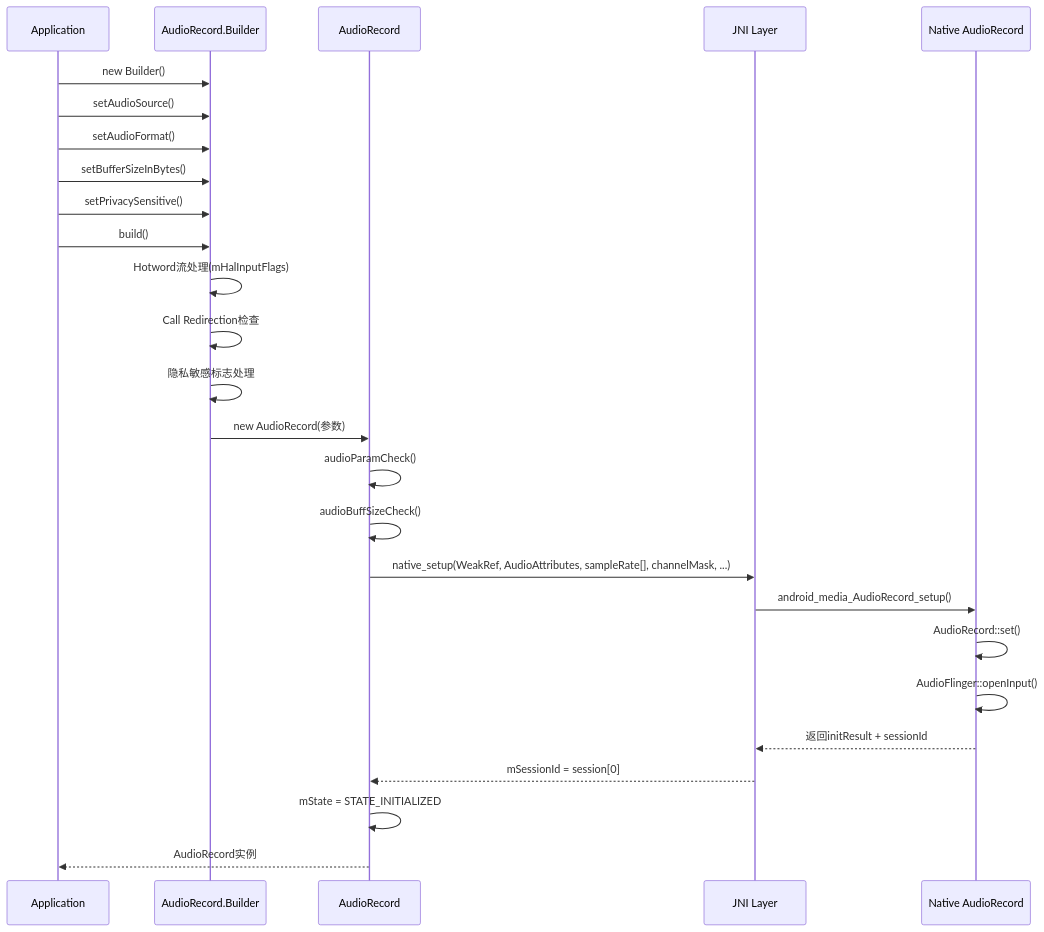
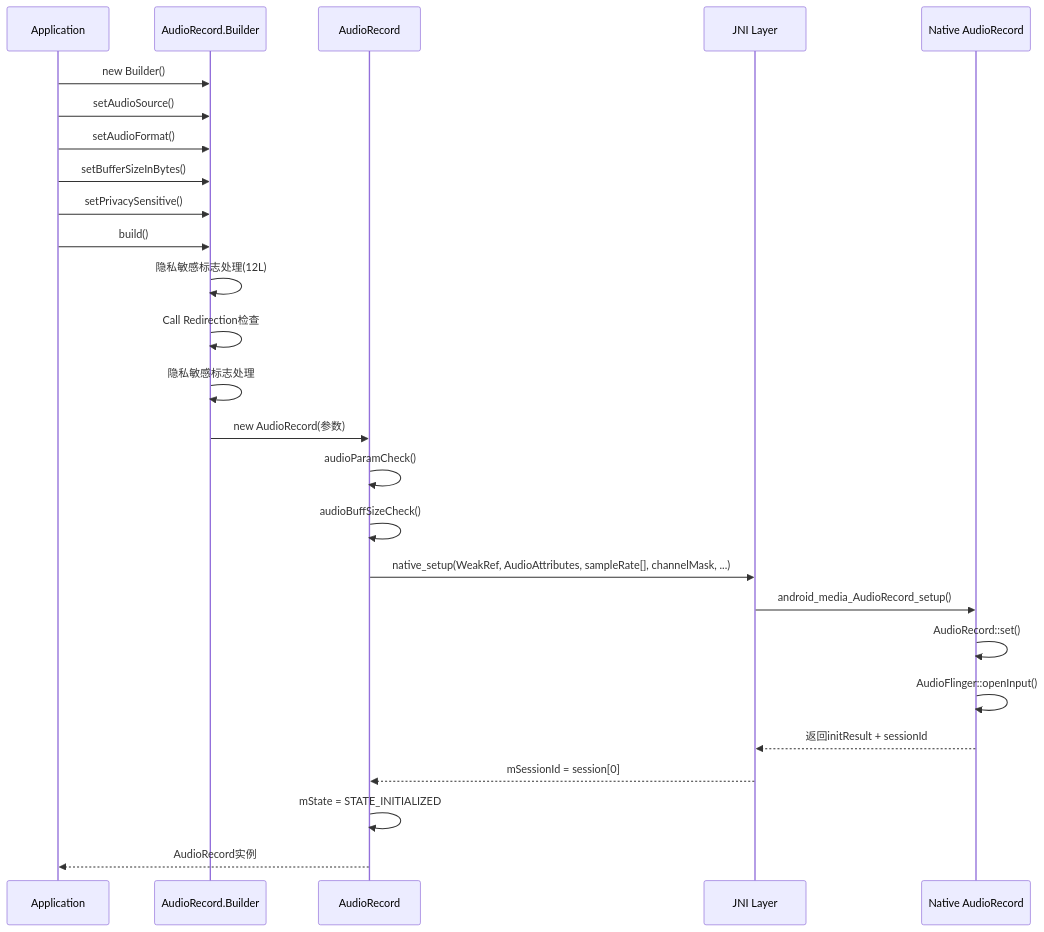
The second of 8 diagrams in 02_Application_Layer/02_2.2_AudioRecord.md (yanglinzhen1022/SA8295_AAOS_QNX_Audio_KnowledgeBase), drawn with Mermaid before and after one commit. The commit also changed other lines of this file and 14 other files, not shown here.

````diff
--- a/02_Application_Layer/02_2.2_AudioRecord.md
+++ b/02_Application_Layer/02_2.2_AudioRecord.md
@@ -209,31 +201,31 @@
 ```mermaid
 sequenceDiagram
     participant App as Application
     participant Builder as AudioRecord.Builder
     participant AR as AudioRecord
     participant JNI as JNI Layer
     participant Native as Native AudioRecord
 
     App->>Builder: new Builder()
     App->>Builder: setAudioSource()
     App->>Builder: setAudioFormat()
     App->>Builder: setBufferSizeInBytes()
     App->>Builder: setPrivacySensitive()
     App->>Builder: build()
     
-    Builder->>Builder: Hotword流处理(mHalInputFlags)
+    Builder->>Builder: 隐私敏感标志处理(12L)
     Builder->>Builder: Call Redirection检查
     Builder->>Builder: 隐私敏感标志处理
     
     Builder->>AR: new AudioRecord(参数)
     AR->>AR: audioParamCheck()
     AR->>AR: audioBuffSizeCheck()
     AR->>JNI: native_setup(WeakRef, AudioAttributes, sampleRate[], channelMask, ...)
     JNI->>Native: android_media_AudioRecord_setup()
     Native->>Native: AudioRecord::set()
     Native->>Native: AudioFlinger::openInput()
     Native-->>JNI: 返回initResult + sessionId
     JNI-->>AR: mSessionId = session[0]
     AR->>AR: mState = STATE_INITIALIZED
     AR-->>App: AudioRecord实例
 ```
````
